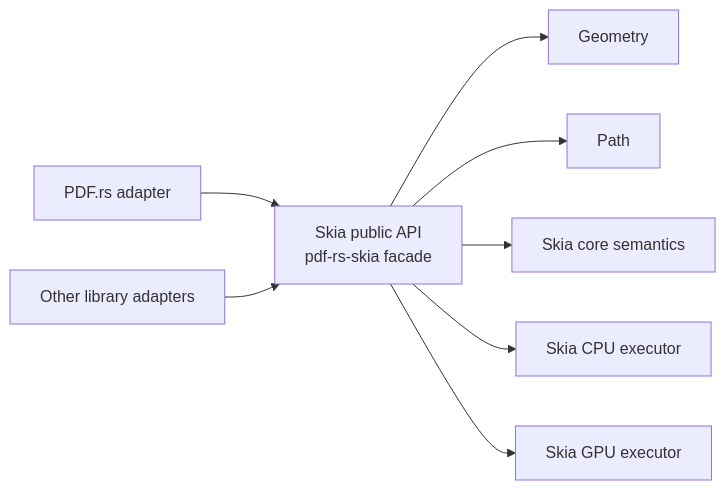
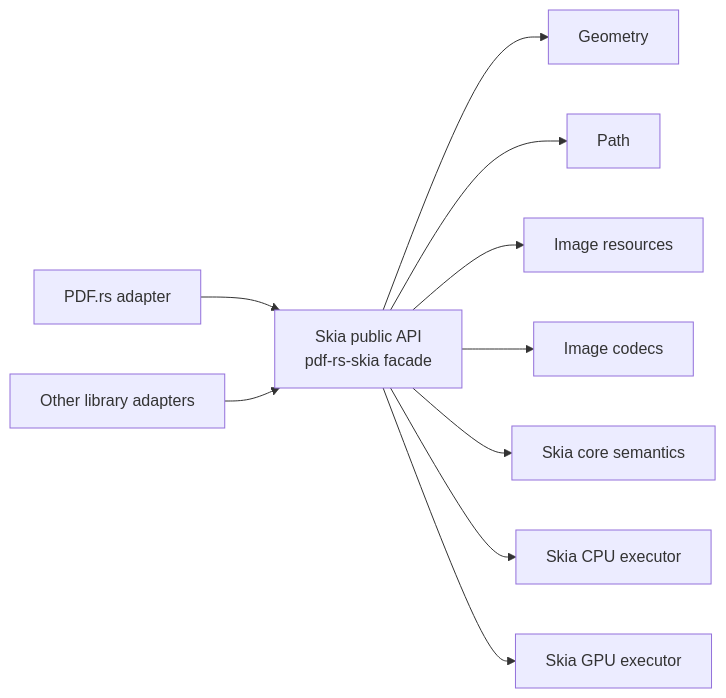
The diagram in skia/README.md (chogng/PDF.rs), drawn with Mermaid before and after one commit. The commit also changed other lines of this file and 7 other files, not shown here.

````diff
--- a/skia/README.md
+++ b/skia/README.md
@@ -8,10 +8,12 @@
 ```mermaid
 flowchart LR
   pdf["PDF.rs adapter"] --> api["Skia public API\npdf-rs-skia facade"]
   other["Other library adapters"] --> api
   api --> geometry["Geometry"]
   api --> path["Path"]
+  api --> image["Image resources"]
+  api --> codec["Image codecs"]
   api --> core["Skia core semantics"]
   api --> cpu["Skia CPU executor"]
   api --> gpu["Skia GPU executor"]
 ```
````
